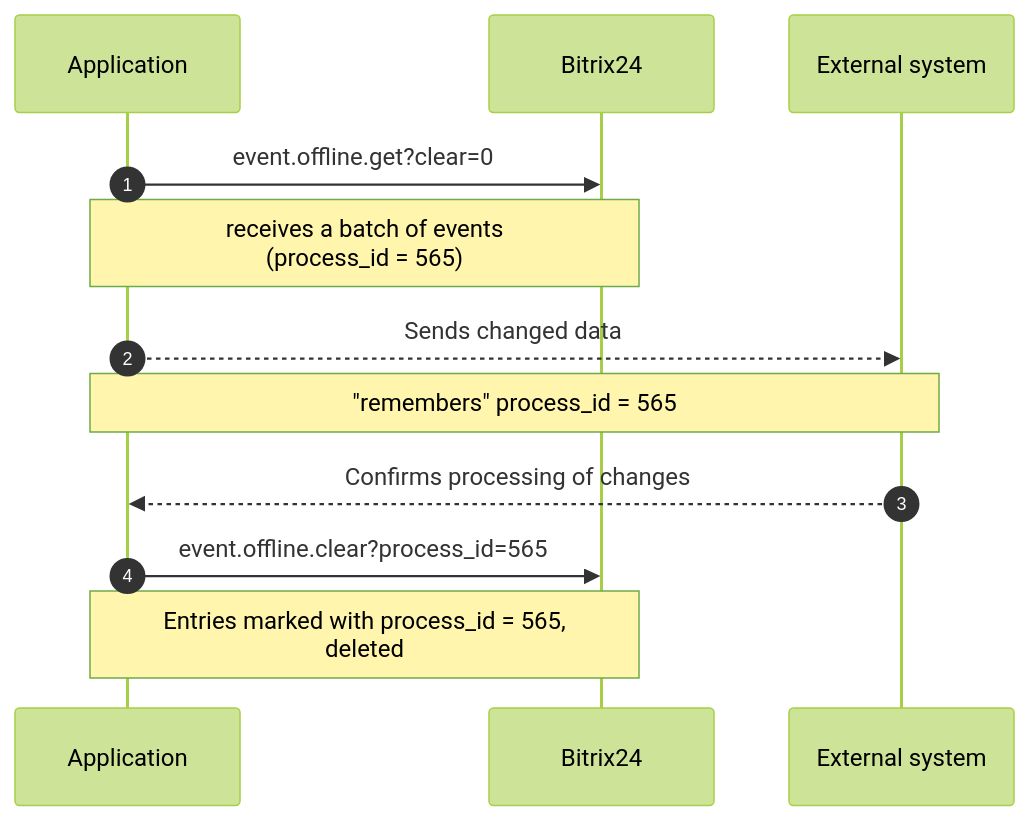
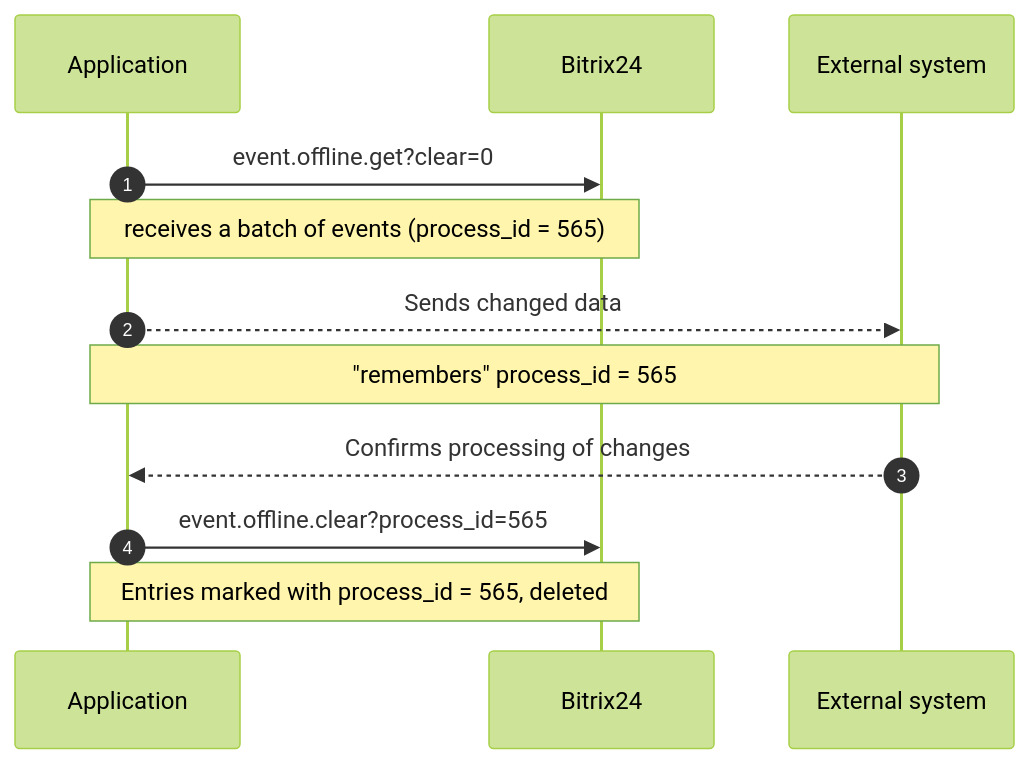
The second of 4 diagrams in api-reference/events/offline-events.md (bitrix24/b24restdocs), drawn with Mermaid before and after one commit. The commit also changed 83 other files, not shown here.

Commit message:
Updated the main pages: Currencies, Currency Localizations, Product Catalog. Added a new tutorial: How to add a comment to the smart process timeline. Updated documentation on working with margin. Added B24PhpSDK code examples.

````diff
--- a/api-reference/events/offline-events.md
+++ b/api-reference/events/offline-events.md
@@ -78,12 +78,12 @@
 ```mermaid
 %%{init: { "theme": "forest" } }%%
 sequenceDiagram
     autonumber
     Application->>Bitrix24: event.offline.get?clear=0
-    Note over Application,Bitrix24: receives a batch of events<br>(process_id = 565)
+    Note over Application,Bitrix24: receives a batch of events (process_id = 565)
     Application-->>External system: Sends changed data
     Note over Application,External system: "remembers" process_id = 565
     External system-->>Application: Confirms processing of changes
     Application->>Bitrix24: event.offline.clear?process_id=565
-    Note over Application,Bitrix24: Entries marked with process_id = 565,<br>deleted
+    Note over Application,Bitrix24: Entries marked with process_id = 565, deleted
 ```
````
